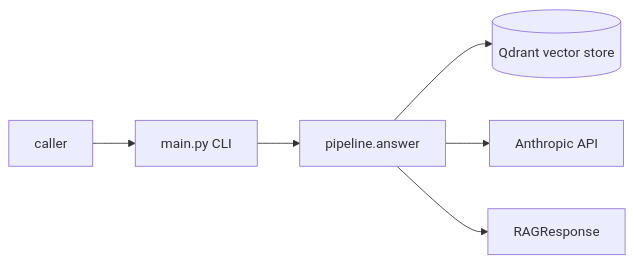
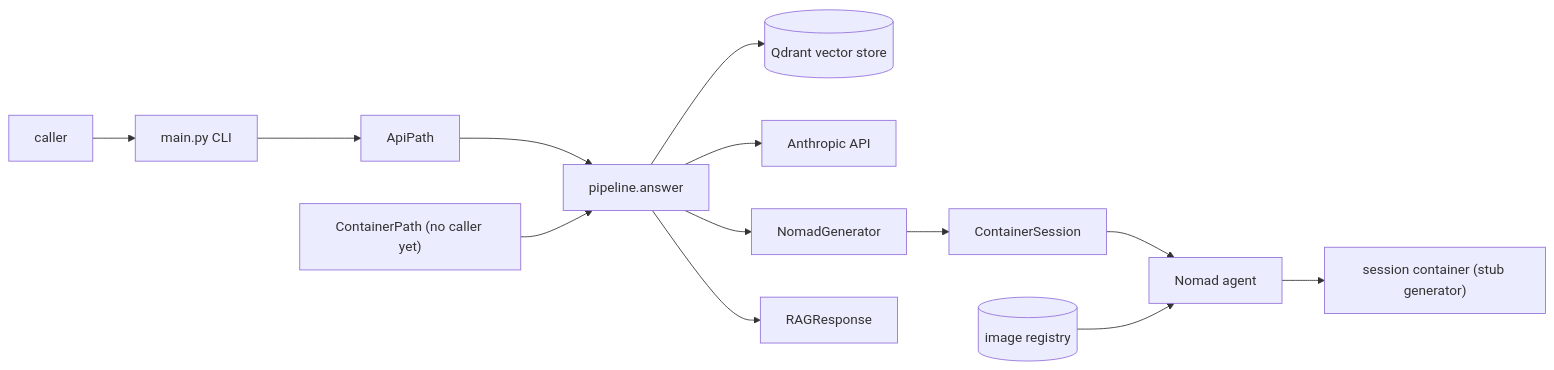
One commit to costin101/rag changed the first of 2 diagrams in docs/architecture/overview.md. Above: the diagram before and after it, drawn with Mermaid. The commit also changed other lines of this file, not shown here.

Commit message:
docs(rag): map the nomad container path in the architecture overview (#8)

````diff
--- a/docs/architecture/overview.md
+++ b/docs/architecture/overview.md
@@ -12,8 +12,15 @@
 ```mermaid
 flowchart LR
   U["caller"] --> M["main.py CLI"]
-  M --> P["pipeline.answer"]
+  M --> AP["ApiPath"]
+  AP --> P["pipeline.answer"]
+  CP["ContainerPath (no caller yet)"] --> P
   P --> Q[("Qdrant vector store")]
   P --> A["Anthropic API"]
+  P --> G["NomadGenerator"]
+  G --> S["ContainerSession"]
+  S --> N["Nomad agent"]
+  N --> K["session container (stub generator)"]
+  REG[("image registry")] --> N
   P --> R["RAGResponse"]
 ```
````
